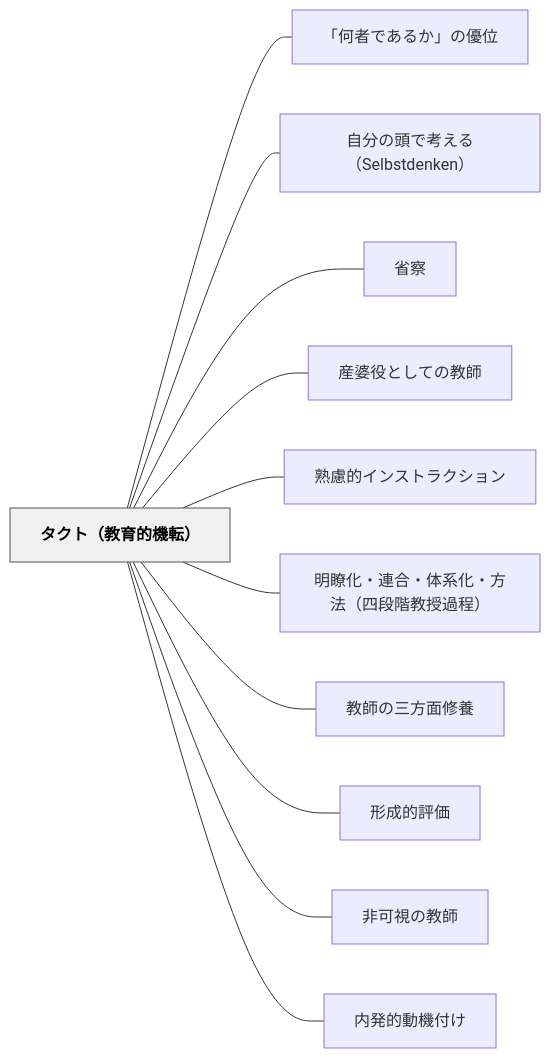
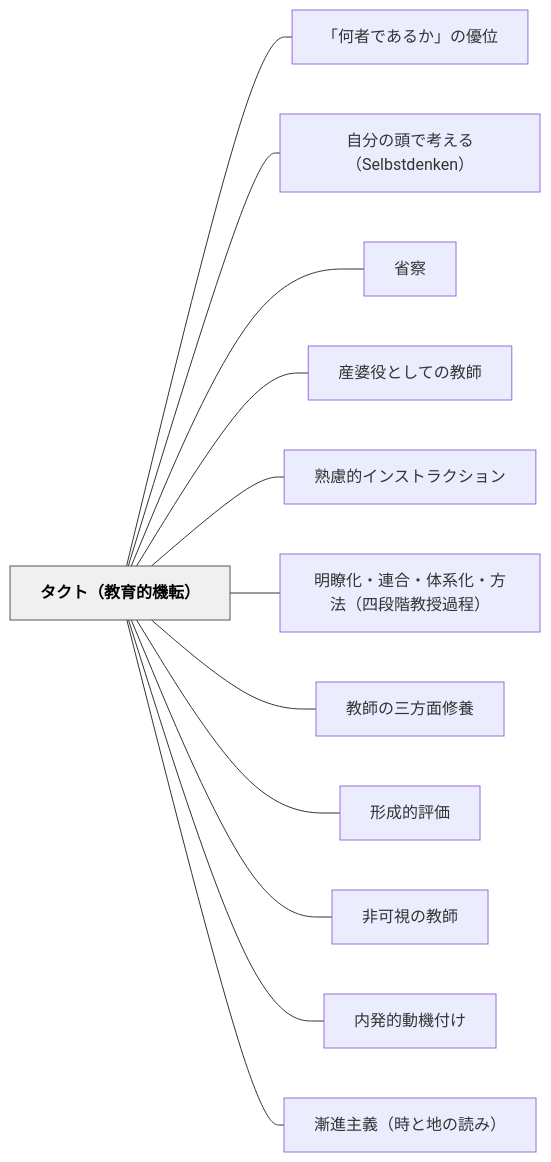
The diagram in content/パタン/タクト（教育的機転）.md (unknownthings-ed-patterns/unknownthings-ed-patterns), drawn with Mermaid before and after one commit. The commit also changed other lines of this file and 158 other files, not shown here.

````diff
--- a/content/パタン/タクト（教育的機転）.md
+++ b/content/パタン/タクト（教育的機転）.md
@@ -104,28 +104,30 @@
 ```mermaid
 flowchart LR
     ne382bfe382afe38388efbc88e69599e882b2e79a84e6a99fe8bba2efbc89["タクト（教育的機転）"]
     ne3808ce4bd95e88085e381a7e38182e3828be3818be3808de381aee584aae4bd8d["「何者であるか」の優位"]
     ne887aae58886e381aee9a0ade381a7e88083e38188e3828befbc8853656c62737464656e6b656eefbc89["自分の頭で考える（Selbstdenken）"]
     ne79c81e5af9f["省察"]
     ne794a3e5a986e5bdb9e381a8e38197e381a6e381aee69599e5b8ab["産婆役としての教師"]
     ne7869fe685aee79a84e382a4e383b3e382b9e38388e383a9e382afe382b7e383a7e383b3["熟慮的インストラクション"]
     ne6988ee79eade58c96e383bbe980a3e59088e383bbe4bd93e7b3bbe58c96e383bbe696b9e6b395efbc88e59b9be6aeb5e99a8ee69599e68e88e9818ee7a88befbc89["明瞭化・連合・体系化・方法（四段階教授過程）"]
     ne69599e5b8abe381aee4b889e696b9e99da2e4bfaee9a48a["教師の三方面修養"]
     ne5bda2e68890e79a84e8a995e4bea1["形成的評価"]
     ne99d9ee58fafe8a696e381aee69599e5b8ab["非可視の教師"]
     ne58685e799bae79a84e58b95e6a99fe4bb98e38191["内発的動機付け"]
+    ne6bcb8e980b2e4b8bbe7bea9efbc88e69982e381a8e59cb0e381aee8aaade381bfefbc89["漸進主義（時と地の読み）"]
 
     ne382bfe382afe38388efbc88e69599e882b2e79a84e6a99fe8bba2efbc89 --- ne3808ce4bd95e88085e381a7e38182e3828be3818be3808de381aee584aae4bd8d
     ne382bfe382afe38388efbc88e69599e882b2e79a84e6a99fe8bba2efbc89 --- ne887aae58886e381aee9a0ade381a7e88083e38188e3828befbc8853656c62737464656e6b656eefbc89
     ne382bfe382afe38388efbc88e69599e882b2e79a84e6a99fe8bba2efbc89 --- ne79c81e5af9f
     ne382bfe382afe38388efbc88e69599e882b2e79a84e6a99fe8bba2efbc89 --- ne794a3e5a986e5bdb9e381a8e38197e381a6e381aee69599e5b8ab
     ne382bfe382afe38388efbc88e69599e882b2e79a84e6a99fe8bba2efbc89 --- ne7869fe685aee79a84e382a4e383b3e382b9e38388e383a9e382afe382b7e383a7e383b3
     ne382bfe382afe38388efbc88e69599e882b2e79a84e6a99fe8bba2efbc89 --- ne6988ee79eade58c96e383bbe980a3e59088e383bbe4bd93e7b3bbe58c96e383bbe696b9e6b395efbc88e59b9be6aeb5e99a8ee69599e68e88e9818ee7a88befbc89
     ne382bfe382afe38388efbc88e69599e882b2e79a84e6a99fe8bba2efbc89 --- ne69599e5b8abe381aee4b889e696b9e99da2e4bfaee9a48a
     ne382bfe382afe38388efbc88e69599e882b2e79a84e6a99fe8bba2efbc89 --- ne5bda2e68890e79a84e8a995e4bea1
     ne382bfe382afe38388efbc88e69599e882b2e79a84e6a99fe8bba2efbc89 --- ne99d9ee58fafe8a696e381aee69599e5b8ab
     ne382bfe382afe38388efbc88e69599e882b2e79a84e6a99fe8bba2efbc89 --- ne58685e799bae79a84e58b95e6a99fe4bb98e38191
+    ne382bfe382afe38388efbc88e69599e882b2e79a84e6a99fe8bba2efbc89 --- ne6bcb8e980b2e4b8bbe7bea9efbc88e69982e381a8e59cb0e381aee8aaade381bfefbc89
 
     classDef hub fill:#f0f0f0,stroke:#555,color:#000,font-weight:bold
     class ne382bfe382afe38388efbc88e69599e882b2e79a84e6a99fe8bba2efbc89 hub
 ```
````
